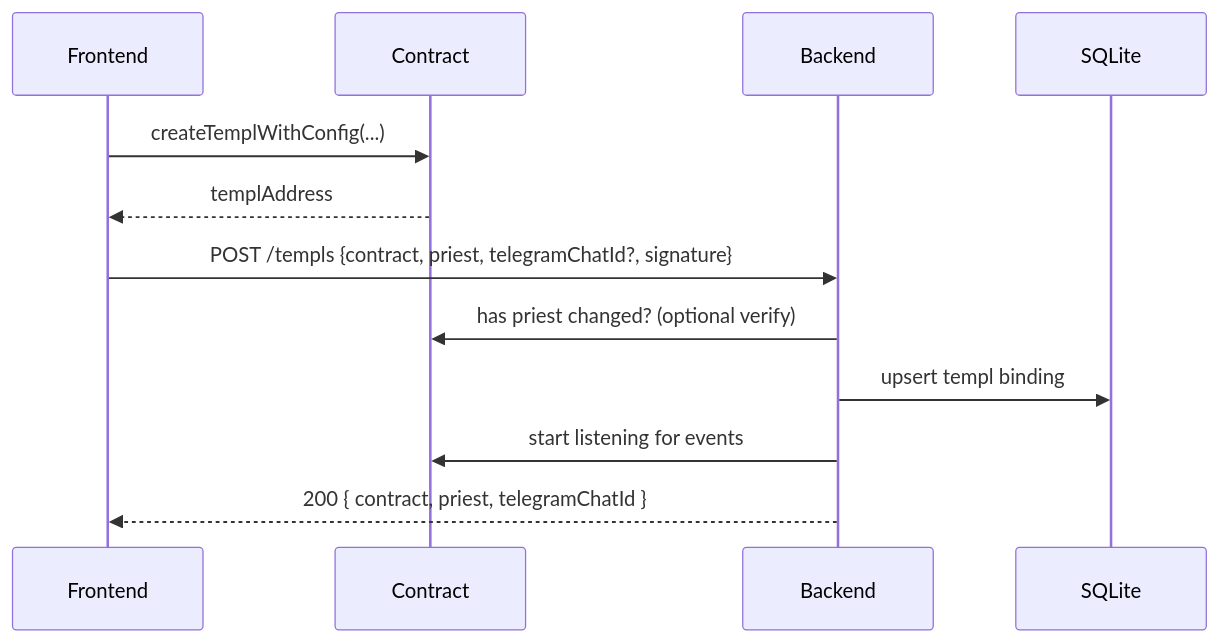
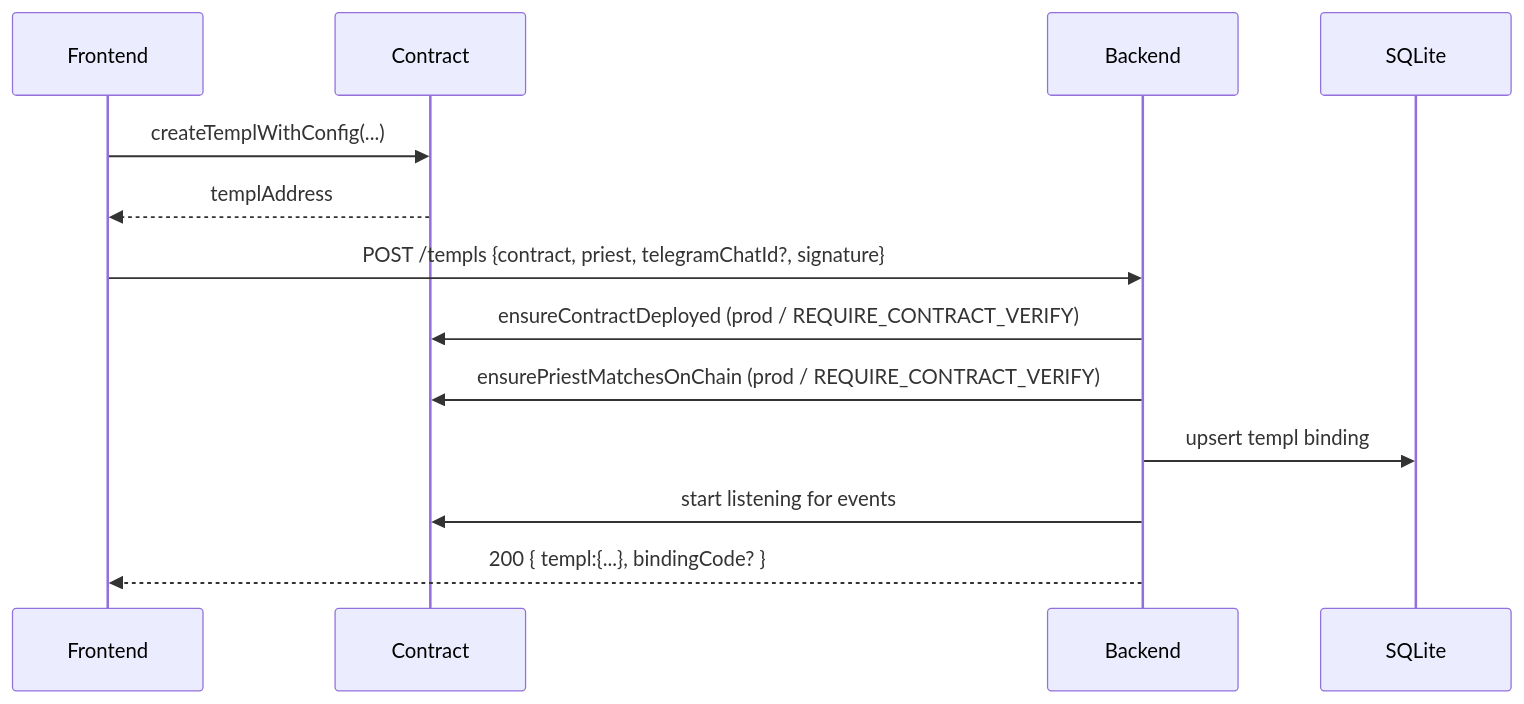
One commit to templ-fun/templ-evm-protocol changed the second of 11 diagrams in docs/CORE_FLOW_DOCS.MD. Above: the diagram before and after it, drawn with Mermaid. The commit also changed other lines of this file and 4 other files, not shown here.

````diff
--- a/docs/CORE_FLOW_DOCS.MD
+++ b/docs/CORE_FLOW_DOCS.MD
@@ -27,14 +27,15 @@
 ```mermaid
 sequenceDiagram
     participant F as Frontend
     participant C as Contract
     participant B as Backend
     participant D as SQLite
     F->>C: createTemplWithConfig(...)
     C-->>F: templAddress
     F->>B: POST /templs {contract, priest, telegramChatId?, signature}
-    B->>C: has priest changed? (optional verify)
+    B->>C: ensureContractDeployed (prod / REQUIRE_CONTRACT_VERIFY)
+    B->>C: ensurePriestMatchesOnChain (prod / REQUIRE_CONTRACT_VERIFY)
     B->>D: upsert templ binding
     B->>C: start listening for events
-    B-->>F: 200 { contract, priest, telegramChatId }
+    B-->>F: 200 { templ:{...}, bindingCode? }
 ```
````
